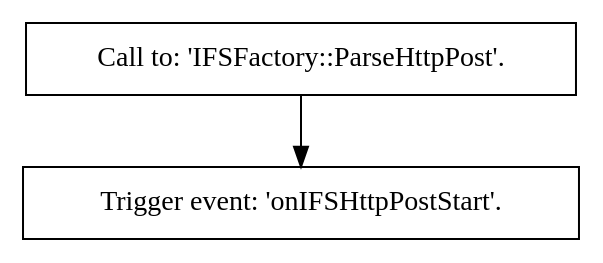
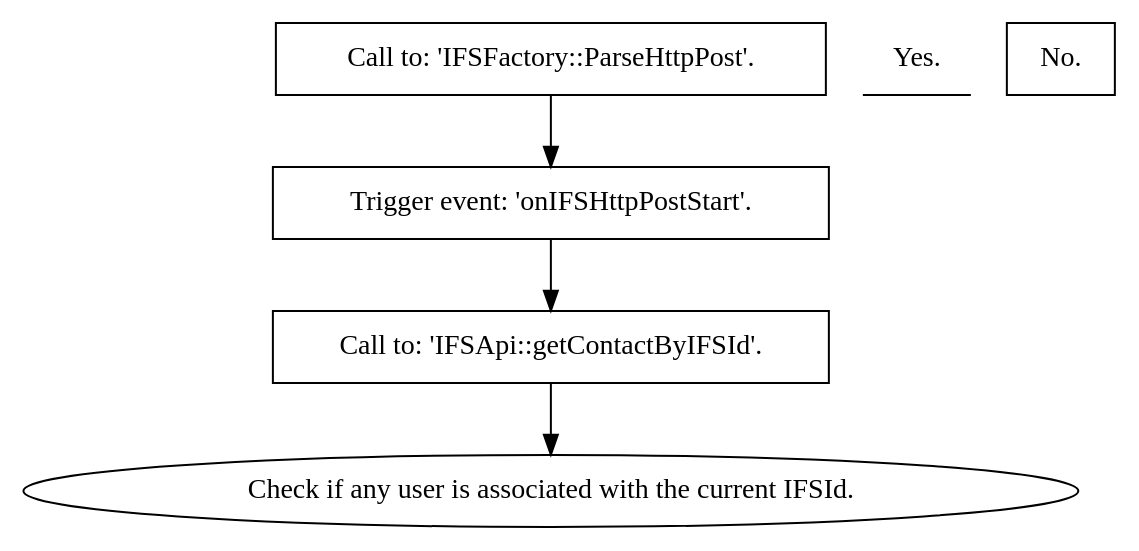
Before and after one commit to treste91/JoomFuse: the diagram in docs/procedures/register_user.rst, drawn with Graphviz.

```diff
--- a/docs/procedures/register_user.rst
+++ b/docs/procedures/register_user.rst
@@ -4,7 +4,13 @@
 .. graphviz::
 
    digraph {
       1 [label="Call to: 'IFSFactory::ParseHttpPost'." shape=box]
       2 [label="Trigger event: 'onIFSHttpPostStart'." shape=box]
+      3 [label="Call to: 'IFSApi::getContactByIFSId'." shape=box]
+      4 [label="Check if any user is associated with the current IFSId." shape=oval]
+      5 [label="Yes." shape=underline]
+      6 [label="No." shape=underlline]
       1 -> 2
+      2 -> 3
+      3 -> 4
    }
```
